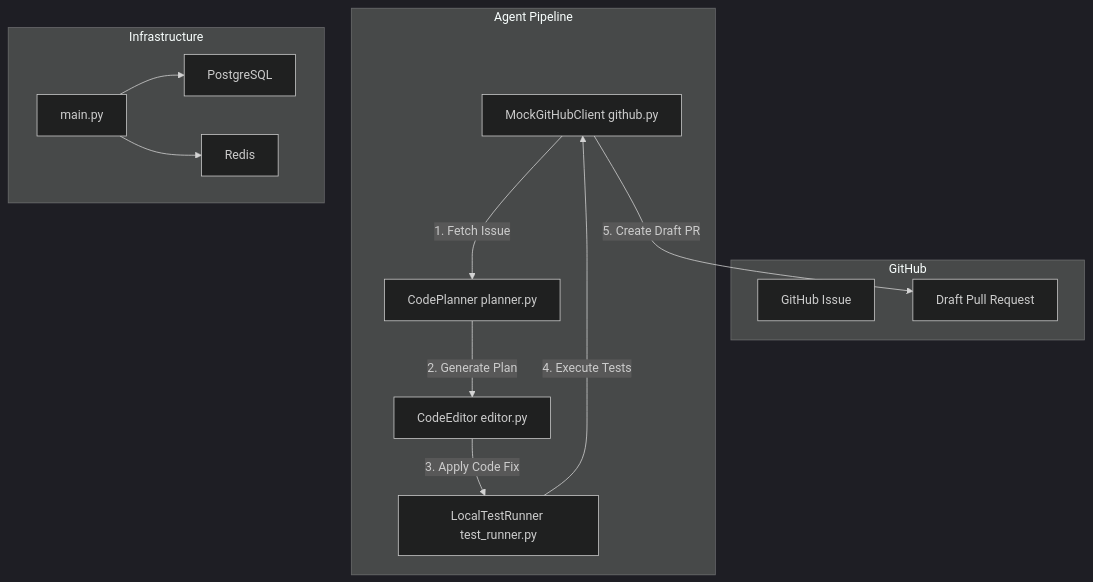
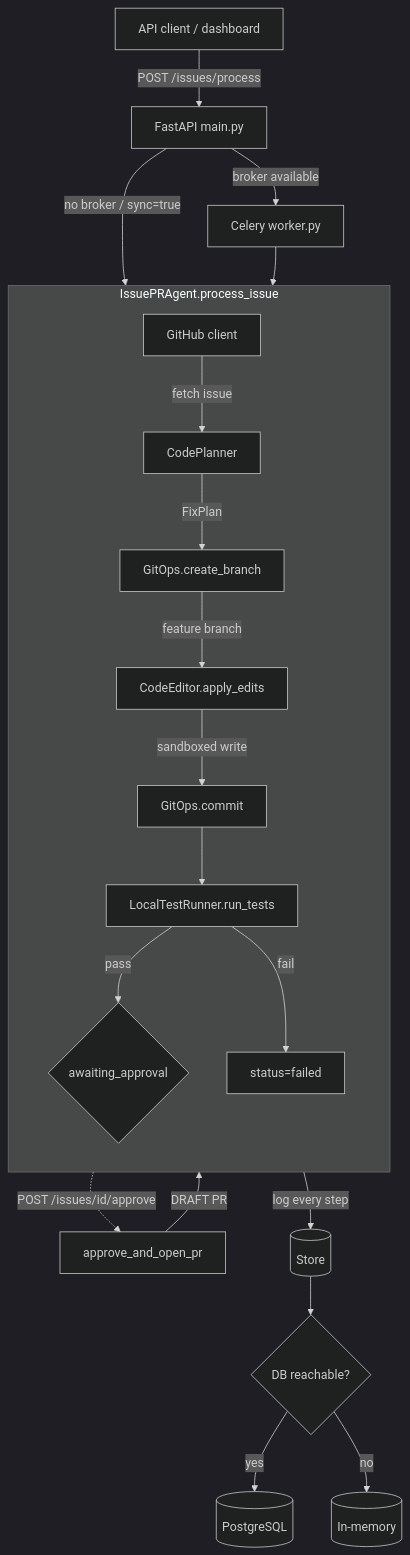
The first of 2 diagrams in docs/architecture.md (FishRaposo/github-issue-pr-agent), drawn with Mermaid (dark theme) before and after one commit. The commit also changed other lines of this file and 108 other files, not shown here.

Commit message:
chore: showcase review — lint clean, 95 tests pass, docs verified

````diff
--- a/docs/architecture.md
+++ b/docs/architecture.md
@@ -17,20 +15,26 @@
 ```mermaid
-graph TD
-    subgraph GitHub
-        Issue[GitHub Issue]
-        PR[Draft Pull Request]
+flowchart TD
+    Client[API client / dashboard] -->|POST /issues/process| API[FastAPI main.py]
+    API -->|broker available| Worker[Celery worker.py]
+    API -->|no broker / sync=true| Pipeline
+    Worker --> Pipeline
+
+    subgraph Pipeline[IssuePRAgent.process_issue]
+        direction TB
+        GH[GitHub client] -->|fetch issue| Plan[CodePlanner]
+        Plan -->|FixPlan| Branch[GitOps.create_branch]
+        Branch -->|feature branch| Edit[CodeEditor.apply_edits]
+        Edit -->|sandboxed write| Commit[GitOps.commit]
+        Commit --> Test[LocalTestRunner.run_tests]
+        Test -->|pass| Gate{awaiting_approval}
+        Test -->|fail| Failed[status=failed]
     end
 
-    subgraph Agent Pipeline
-        Ingest[MockGitHubClient github.py] -->|1. Fetch Issue| Planner[CodePlanner planner.py]
-        Planner -->|2. Generate Plan| Sandbox[CodeEditor editor.py]
-        Sandbox -->|3. Apply Code Fix| Runner[LocalTestRunner test_runner.py]
-        Runner -->|4. Execute Tests| Ingest
-        Ingest -->|5. Create Draft PR| PR
-    end
+    Gate -.->|POST /issues/id/approve| Approve[approve_and_open_pr]
+    Approve -->|DRAFT PR| GH
 
-    subgraph Infrastructure
-        APIServer[main.py] --> DB[PostgreSQL]
-        APIServer --> Redis[Redis]
-    end
+    Pipeline -->|log every step| Store[(Store)]
+    Store --> Probe{DB reachable?}
+    Probe -->|yes| PG[(PostgreSQL)]
+    Probe -->|no| Mem[(In-memory)]
 ```
````
